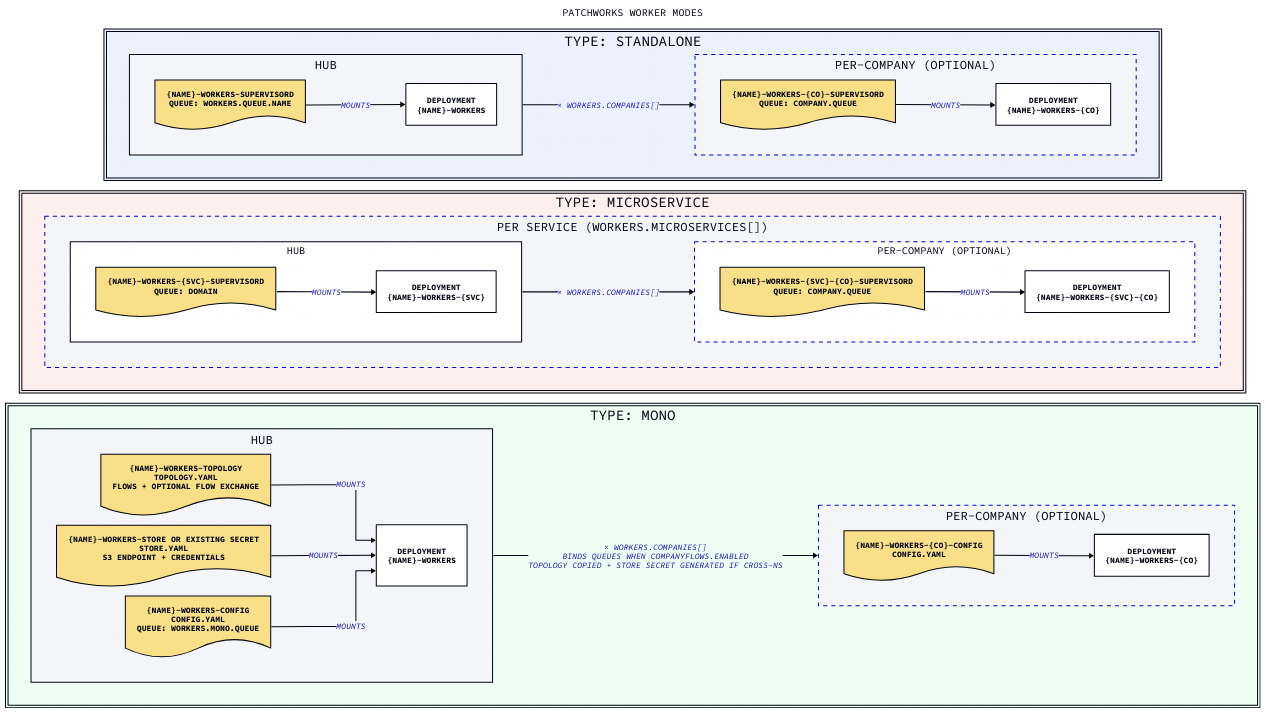
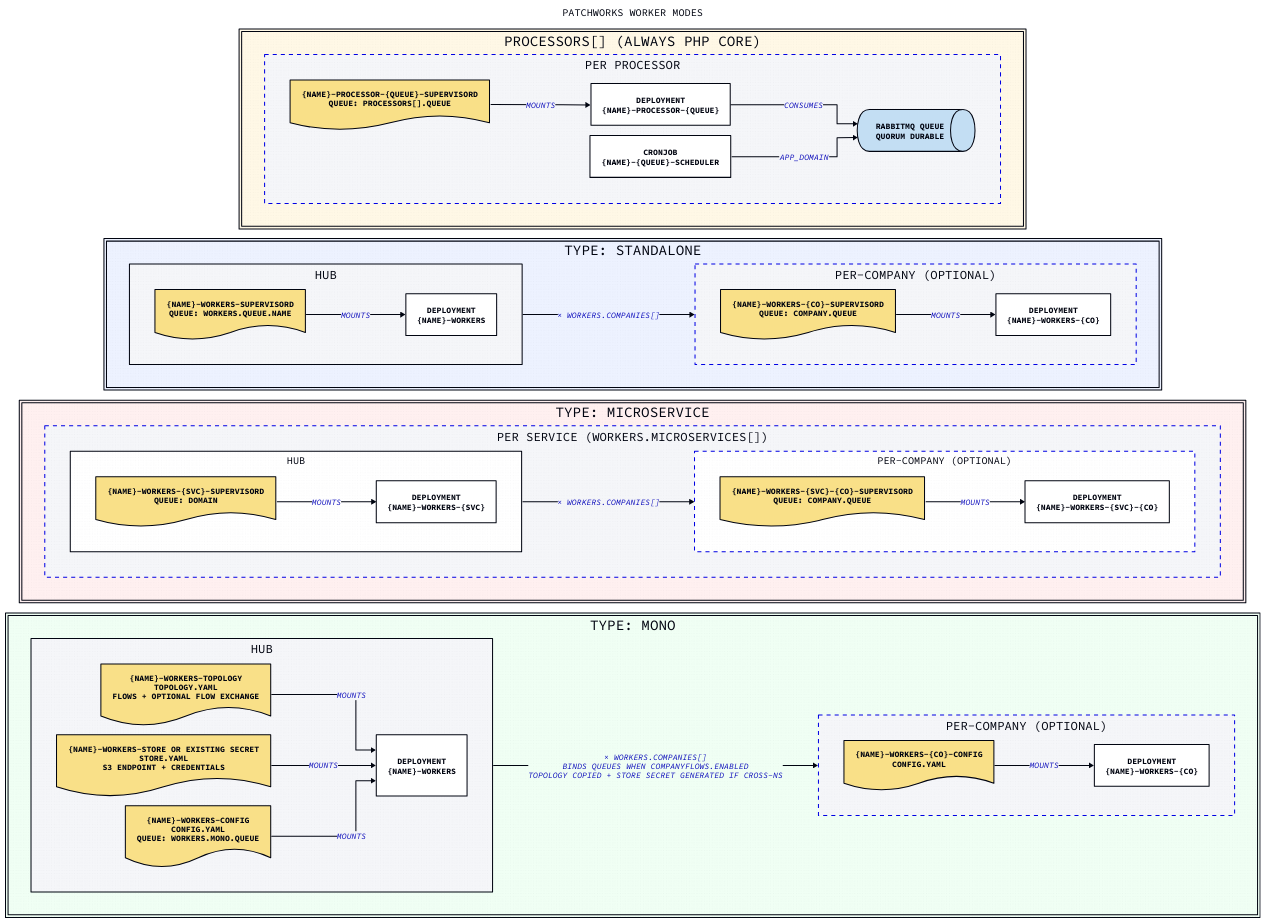
The diagram in docs/workers-diagram.d2 (gopatchworks/selfhosted), drawn with D2 before and after one commit. The commit also changed 11 other files, not shown here.

```diff
--- a/docs/workers-diagram.d2
+++ b/docs/workers-diagram.d2
@@ -1,108 +1,131 @@
 vars: {
   d2-config: {
     layout-engine: elk
     # Terminal theme code
     theme-id: 300
   }
 }
 
 direction: right
 
 title: Patchworks Worker Modes {
   shape: text
   near: top-center
   style.font-size: 20
+}
+
+# ── processors[] ────────────────────────────────────────────────────────────
+
+processors: "processors[] (always PHP Core)" {
+  style.fill: "#FFF8E6"
+  direction: down
+
+  desc: "Background processor queues are independent of workers.type.\nEach enabled processor creates a PHP worker Deployment and scheduler CronJob." {
+    shape: text
+  }
+
+  processor: "Per Processor" {
+    style.stroke-dash: 4
+    direction: right
+    cm: "{name}-processor-{queue}-supervisord\nqueue: processors[].queue" { shape: document }
+    dep: "Deployment\n{name}-processor-{queue}" { shape: rectangle }
+    cron: "CronJob\n{name}-{queue}-scheduler" { shape: rectangle }
+    queue: "RabbitMQ queue\nquorum durable" { shape: queue }
+    cm -> dep: mounts
+    dep -> queue: consumes
+    cron -> queue: APP_DOMAIN
+  }
 }
 
 # ── type: standalone ────────────────────────────────────────────────────────
 
 standalone: "type: standalone" {
   style.fill: "#EDF2FF"
   direction: down
 
   desc: "One queue worker via supervisord.\nConcurrency controlled by workers.processes (numprocs)." {
     shape: text
   }
 
   hub: Hub {
     direction: right
     cm: "{name}-workers-supervisord\nqueue: workers.queue.name" { shape: document }
     dep: "Deployment\n{name}-workers" { shape: rectangle }
     cm -> dep: mounts
   }
 
   company: "Per-Company (optional)" {
     style.stroke-dash: 4
     direction: right
     cm: "{name}-workers-{co}-supervisord\nqueue: company.queue" { shape: document }
     dep: "Deployment\n{name}-workers-{co}" { shape: rectangle }
     cm -> dep: mounts
   }
 
   hub -> company: "× workers.companies[]"
 }
 
 # ── type: microservice ───────────────────────────────────────────────────────
 
 microservice: "type: microservice" {
   style.fill: "#FFF0F0"
   direction: down
 
   desc: "One worker per service key in workers.microservices.\n_default provides fallbacks for all fields." {
     shape: text
   }
 
   service: "Per Service (workers.microservices[])" {
     style.stroke-dash: 4
     direction: down
 
     hub: Hub {
       direction: right
       cm: "{name}-workers-{svc}-supervisord\nqueue: domain" { shape: document }
       dep: "Deployment\n{name}-workers-{svc}" { shape: rectangle }
       cm -> dep: mounts
     }
 
     company: "Per-Company (optional)" {
       style.stroke-dash: 4
       direction: right
       cm: "{name}-workers-{svc}-{co}-supervisord\nqueue: company.queue" { shape: document }
       dep: "Deployment\n{name}-workers-{svc}-{co}" { shape: rectangle }
       cm -> dep: mounts
     }
 
     hub -> company: "× workers.companies[]"
   }
 }
 
 # ── type: mono ───────────────────────────────────────────────────────────────
 
 mono: "type: mono" {
   style.fill: "#F0FFF4"
   direction: down
 
   desc: "Monocore Go worker. RabbitMQ topology asserted at startup via topology.yaml." {
     shape: text
   }
 
   hub: Hub {
     direction: right
     topology: "{name}-workers-topology\ntopology.yaml\nflows + optional flow exchange" { shape: document }
     store:    "{name}-workers-store or existing Secret\nstore.yaml\nS3 endpoint + credentials" { shape: document }
     config:   "{name}-workers-config\nconfig.yaml\nqueue: workers.mono.queue" { shape: document }
     dep:      "Deployment\n{name}-workers"                      { shape: rectangle }
     topology -> dep: mounts
     store    -> dep: mounts
     config   -> dep: mounts
   }
 
   company: "Per-Company (optional)" {
     style.stroke-dash: 4
     direction: right
     config: "{name}-workers-{co}-config\nconfig.yaml"           { shape: document }
     dep:    "Deployment\n{name}-workers-{co}"                   { shape: rectangle }
     config -> dep: mounts
   }
 
   hub -> company: "× workers.companies[]\nbinds queues when companyFlows.enabled\ntopology copied + store Secret generated if cross-ns"
 }
```
